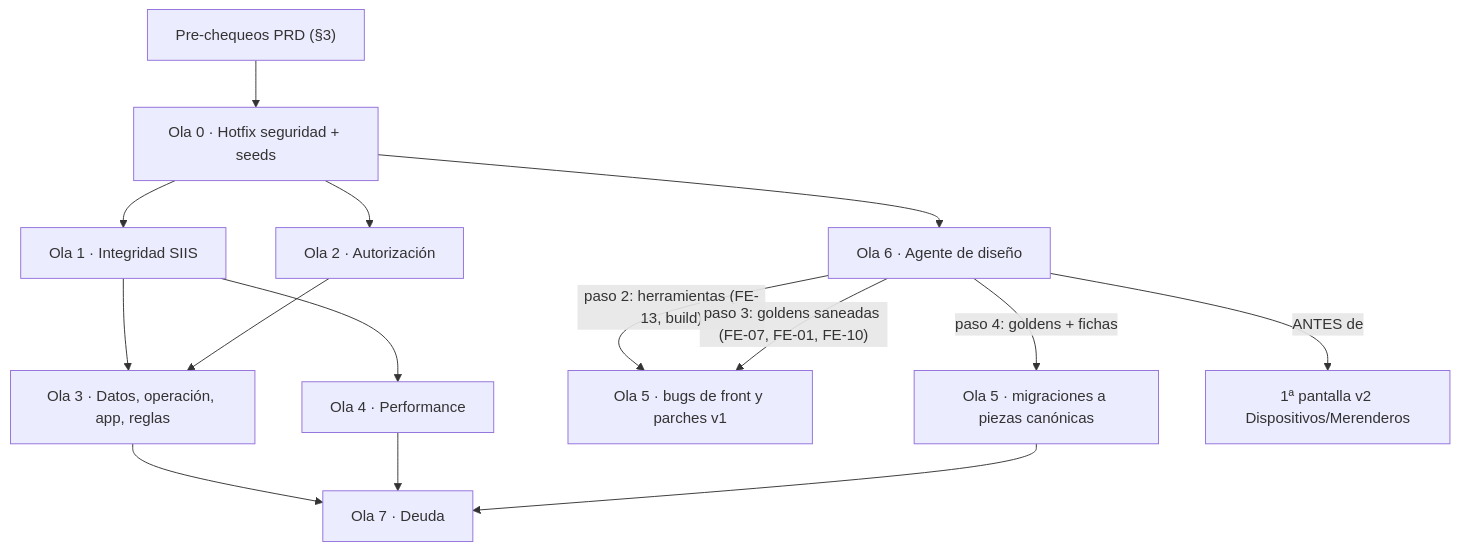
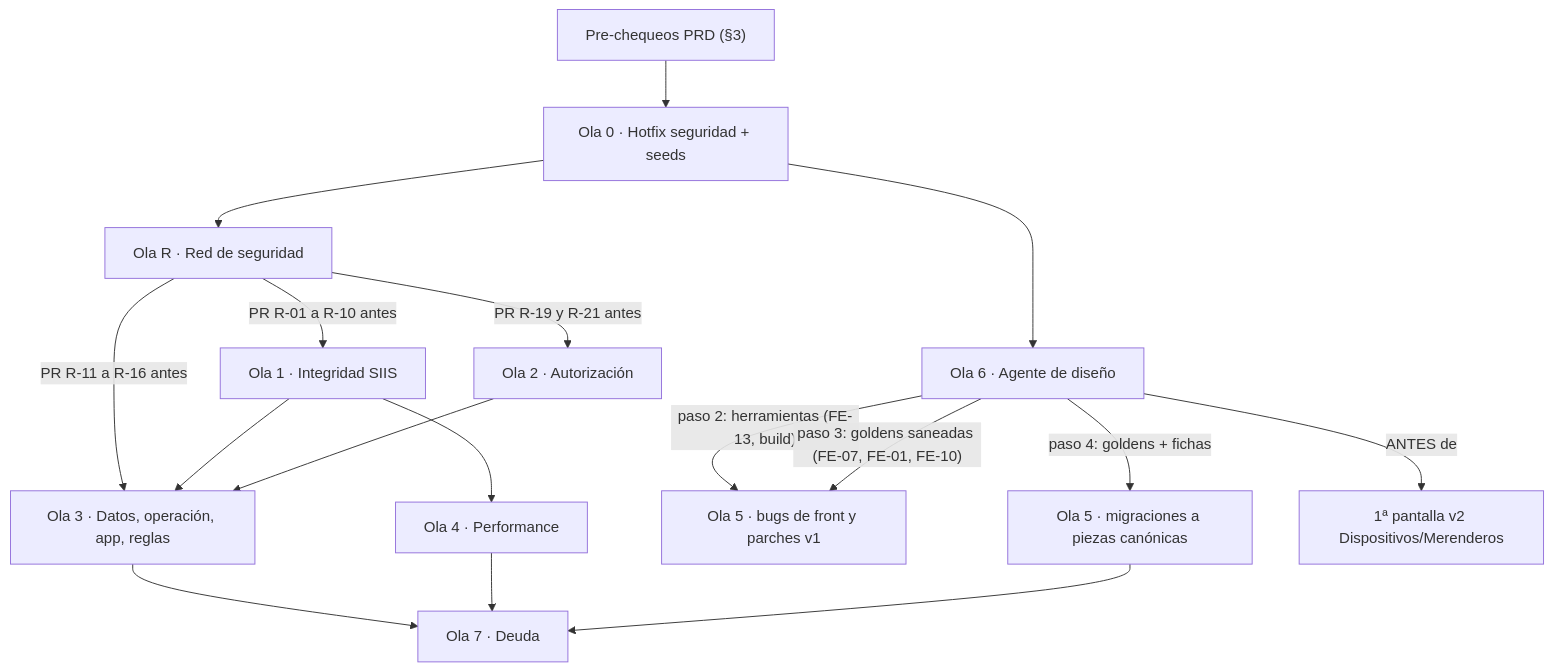
The diagram in docs/internal/auditoria-2026-10/README.md (Mkdir-arg/Chaco-Back), drawn with Mermaid before and after one commit. The commit also changed other lines of this file and 5 other files, not shown here.

First line of the commit message:
docs(auditoria): frente red de seguridad (tests, contratos, migraciones, gates) y Ola R

````diff
--- a/docs/internal/auditoria-2026-10/README.md
+++ b/docs/internal/auditoria-2026-10/README.md
@@ -681,17 +771,19 @@
 ```mermaid
 graph TD
   P["Pre-chequeos PRD (§3)"] --> O0
-  O0["Ola 0 · Hotfix seguridad + seeds"] --> O1["Ola 1 · Integridad SIIS"]
-  O0 --> O2["Ola 2 · Autorización"]
+  O0["Ola 0 · Hotfix seguridad + seeds"] --> OR["Ola R · Red de seguridad"]
+  OR -->|"PR R-01 a R-10 antes"| O1["Ola 1 · Integridad SIIS"]
+  OR -->|"PR R-19 y R-21 antes"| O2["Ola 2 · Autorización"]
+  OR -->|"PR R-11 a R-16 antes"| O3
   O0 --> O6["Ola 6 · Agente de diseño"]
   O1 --> O3["Ola 3 · Datos, operación, app, reglas"]
   O2 --> O3
   O1 --> O4["Ola 4 · Performance"]
   O6 -->|"paso 2: herramientas (FE-13, build)"| O5a["Ola 5 · bugs de front y parches v1"]
   O6 -->|"paso 3: goldens saneadas (FE-07, FE-01, FE-10)"| O5a
   O6 -->|"paso 4: goldens + fichas"| O5b["Ola 5 · migraciones a piezas canónicas"]
   O6 -->|"ANTES de"| V2["1ª pantalla v2 Dispositivos/Merenderos"]
   O3 --> O7["Ola 7 · Deuda"]
   O4 --> O7
   O5b --> O7
 ```
````
